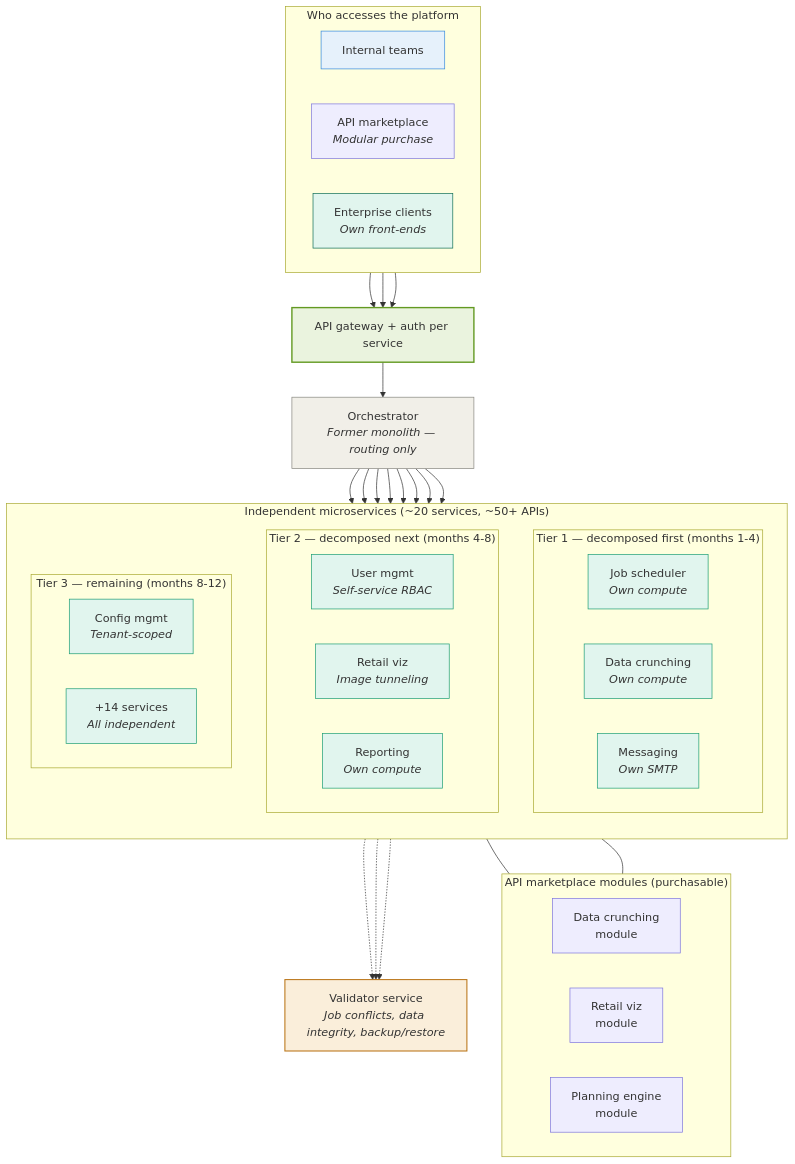
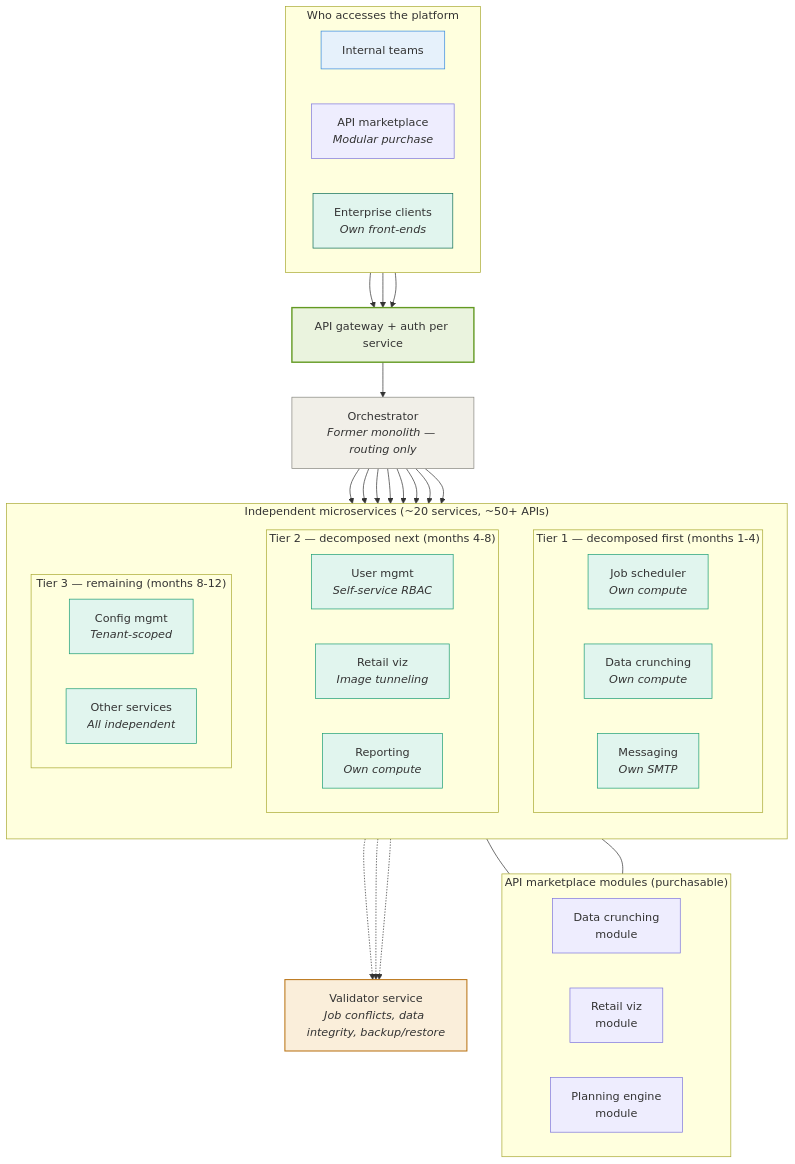
One commit to ShashwatSharmaPM/platform-decomposition-api-marketplace changed the diagram in diagrams/after-state.md. Above: the diagram before and after it, drawn with Mermaid.

```diff
--- a/diagrams/after-state.md
+++ b/diagrams/after-state.md
@@ -34,7 +34,7 @@
         subgraph Tier3["Tier 3 — remaining (months 8-12)"]
             direction LR
             CFG["Config mgmt<br/><i>Tenant-scoped</i>"]
-            MORE["+14 services<br/><i>All independent</i>"]
+            MORE["Other services<br/><i>All independent</i>"]
         end
     end
 
```
